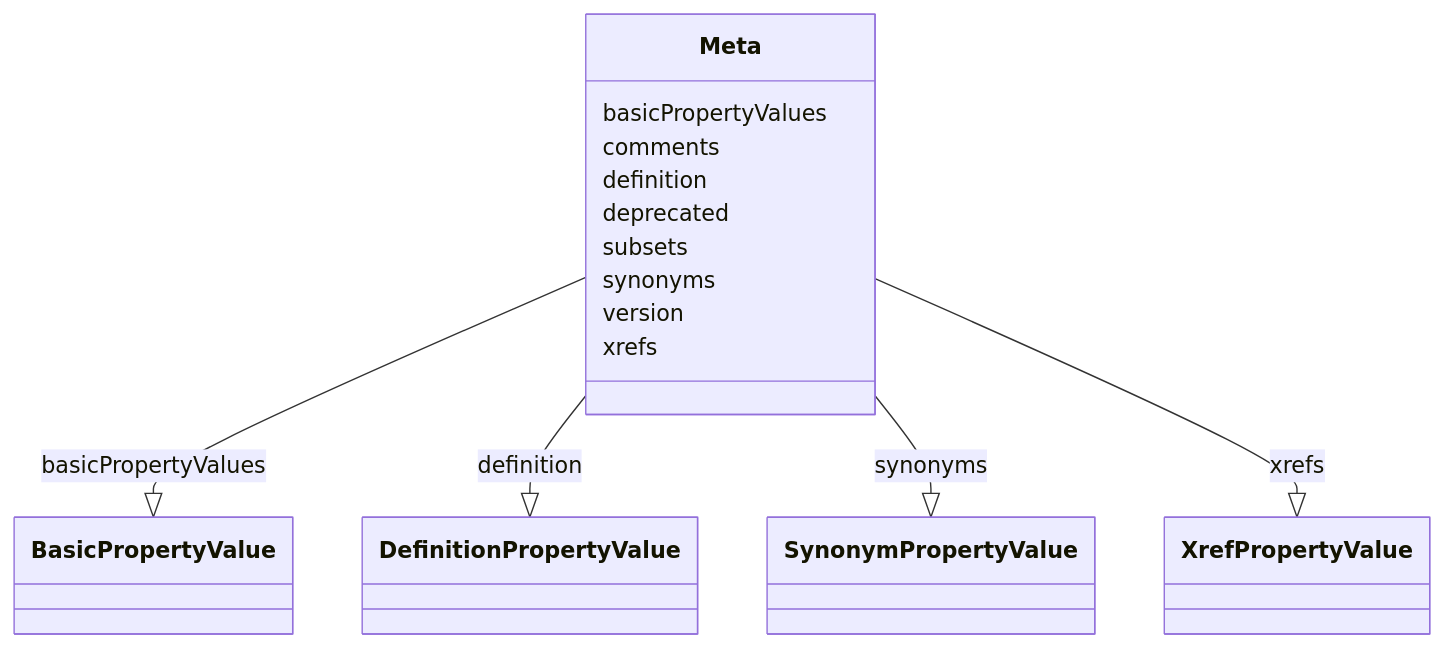
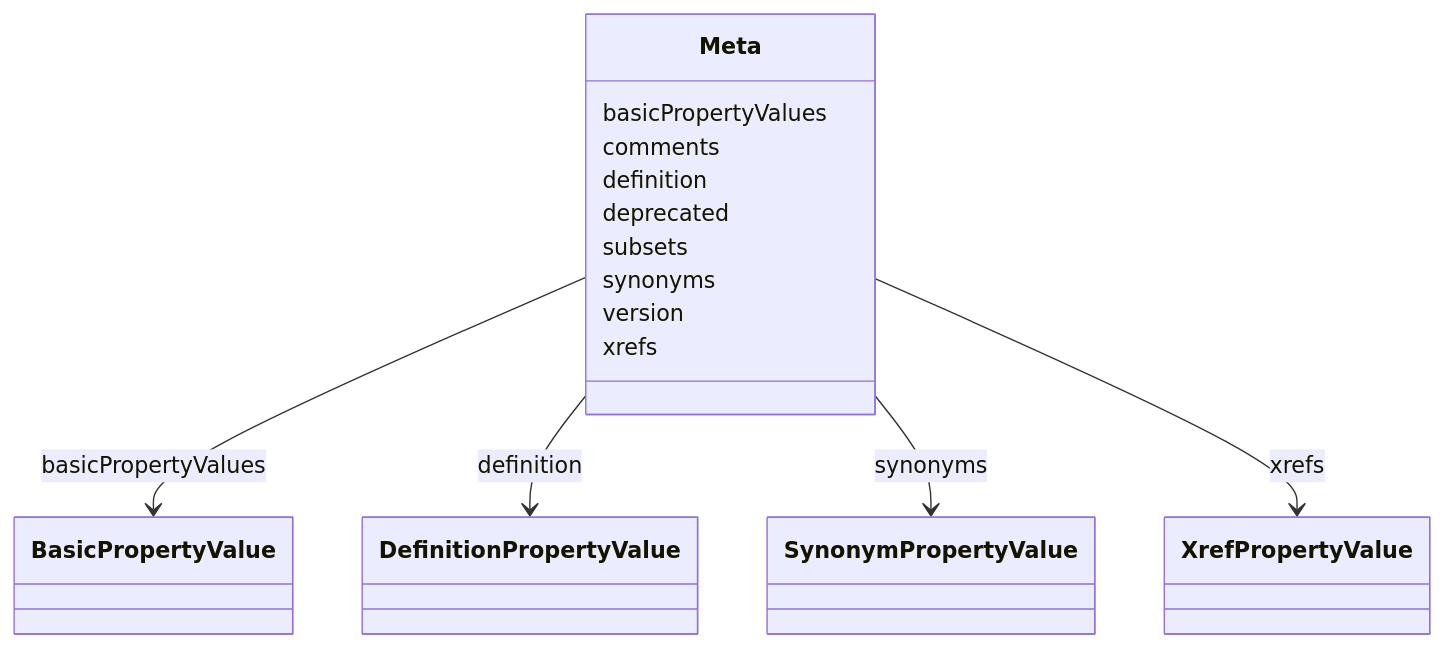
Before and after one commit to INCATools/ontology-access-kit: the diagram in obograph/Meta.md, drawn with Mermaid. The commit also changed 389 other files, not shown here.

````diff
--- a/obograph/Meta.md
+++ b/obograph/Meta.md
@@ -15,29 +15,29 @@
 ```{mermaid}
  classDiagram
     class Meta
       Meta : basicPropertyValues
         
-          Meta --|> BasicPropertyValue : basicPropertyValues
+          Meta --> BasicPropertyValue : basicPropertyValues
         
       Meta : comments
         
       Meta : definition
         
-          Meta --|> DefinitionPropertyValue : definition
+          Meta --> DefinitionPropertyValue : definition
         
       Meta : deprecated
         
       Meta : subsets
         
       Meta : synonyms
         
-          Meta --|> SynonymPropertyValue : synonyms
+          Meta --> SynonymPropertyValue : synonyms
         
       Meta : version
         
       Meta : xrefs
         
-          Meta --|> XrefPropertyValue : xrefs
+          Meta --> XrefPropertyValue : xrefs
         
       
 ```
````
